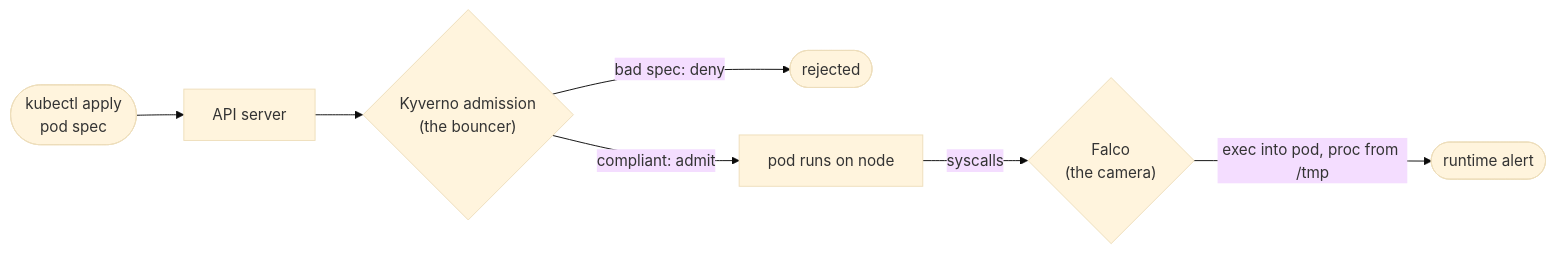
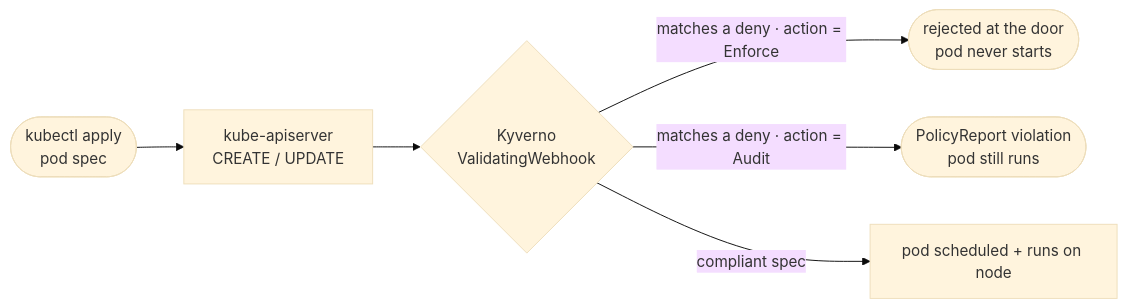
Before and after one commit to plaintext-security/plaintext: the first of 2 diagrams in tracks/05-cloud/modules/13-kubernetes-admission-runtime/README.md, drawn with Mermaid (base theme). The commit also changed other lines of this file and 25 other files, not shown here.

````diff
--- a/tracks/05-cloud/modules/13-kubernetes-admission-runtime/README.md
+++ b/tracks/05-cloud/modules/13-kubernetes-admission-runtime/README.md
@@ -96,9 +105,8 @@
 ```mermaid
 flowchart LR
-    K(["kubectl apply<br/>pod spec"]) --> API["API server"]
-    API --> Adm{"Kyverno admission<br/>(the bouncer)"}
-    Adm -- "bad spec: deny" --> Rej(["rejected"])
-    Adm -- "compliant: admit" --> Run["pod runs on node"]
-    Run -- "syscalls" --> Falco{"Falco<br/>(the camera)"}
-    Falco -- "exec into pod, proc from /tmp" --> Alert(["runtime alert"])
+    K(["kubectl apply<br/>pod spec"]) --> API["kube-apiserver<br/>CREATE / UPDATE"]
+    API --> WH{"Kyverno<br/>ValidatingWebhook"}
+    WH -->|"matches a deny · action = Enforce"| Rej(["rejected at the door<br/>pod never starts"])
+    WH -->|"matches a deny · action = Audit"| Log(["PolicyReport violation<br/>pod still runs"])
+    WH -->|"compliant spec"| Run["pod scheduled + runs on node"]
 ```
````
